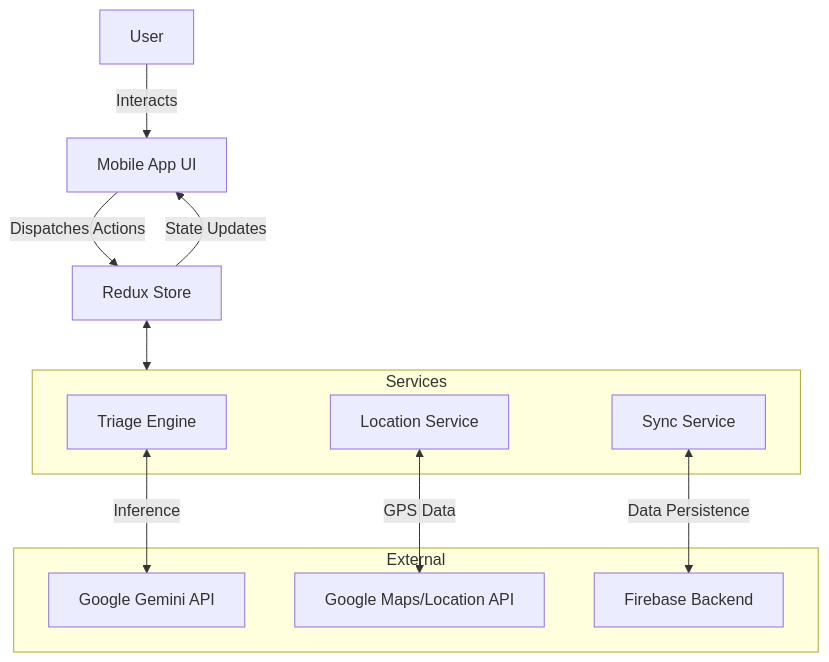
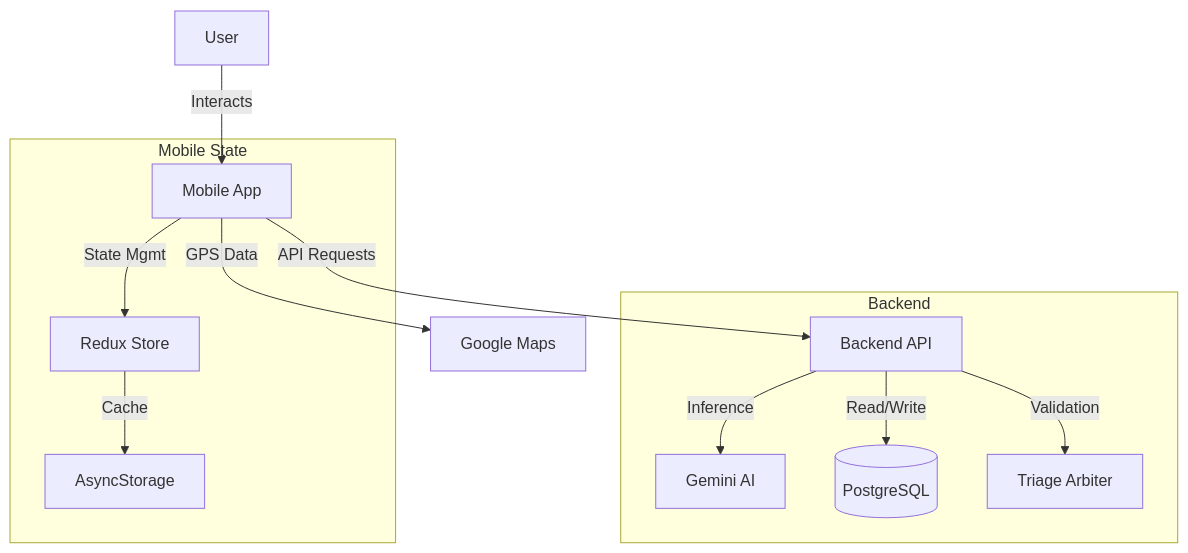
One commit to jlescarlan11/health-mobile changed the diagram in README.md. Above: the diagram before and after it, drawn with Mermaid. The commit also changed other lines of this file, not shown here.

````diff
--- a/README.md
+++ b/README.md
@@ -59,24 +59,17 @@
 ```mermaid
 graph TD
-    User[User] -->|Interacts| UI[Mobile App UI]
-    UI -->|Dispatches Actions| Redux[Redux Store]
-    Redux -->|State Updates| UI
+    User[User] -->|Interacts| Mobile[Mobile App]
+    Mobile -->|API Requests| API[Backend API]
+    Mobile -->|GPS Data| Maps[Google Maps]
     
-    subgraph Services
-    Triage[Triage Engine]
-    Loc[Location Service]
-    Sync[Sync Service]
+    subgraph Backend
+        API -->|Inference| Gemini[Gemini AI]
+        API -->|Read/Write| DB[(PostgreSQL)]
+        API -->|Validation| Arbiter[Triage Arbiter]
     end
     
-    Redux <--> Services
-    
-    subgraph External
-    Gemini[Google Gemini API]
-    Maps[Google Maps/Location API]
-    Firebase[Firebase Backend]
+    subgraph MobileState[Mobile State]
+        Mobile -->|State Mgmt| Redux[Redux Store]
+        Redux -->|Cache| Persist[AsyncStorage]
     end
-    
-    Triage <-->|Inference| Gemini
-    Loc <-->|GPS Data| Maps
-    Sync <-->|Data Persistence| Firebase
 ```
````
